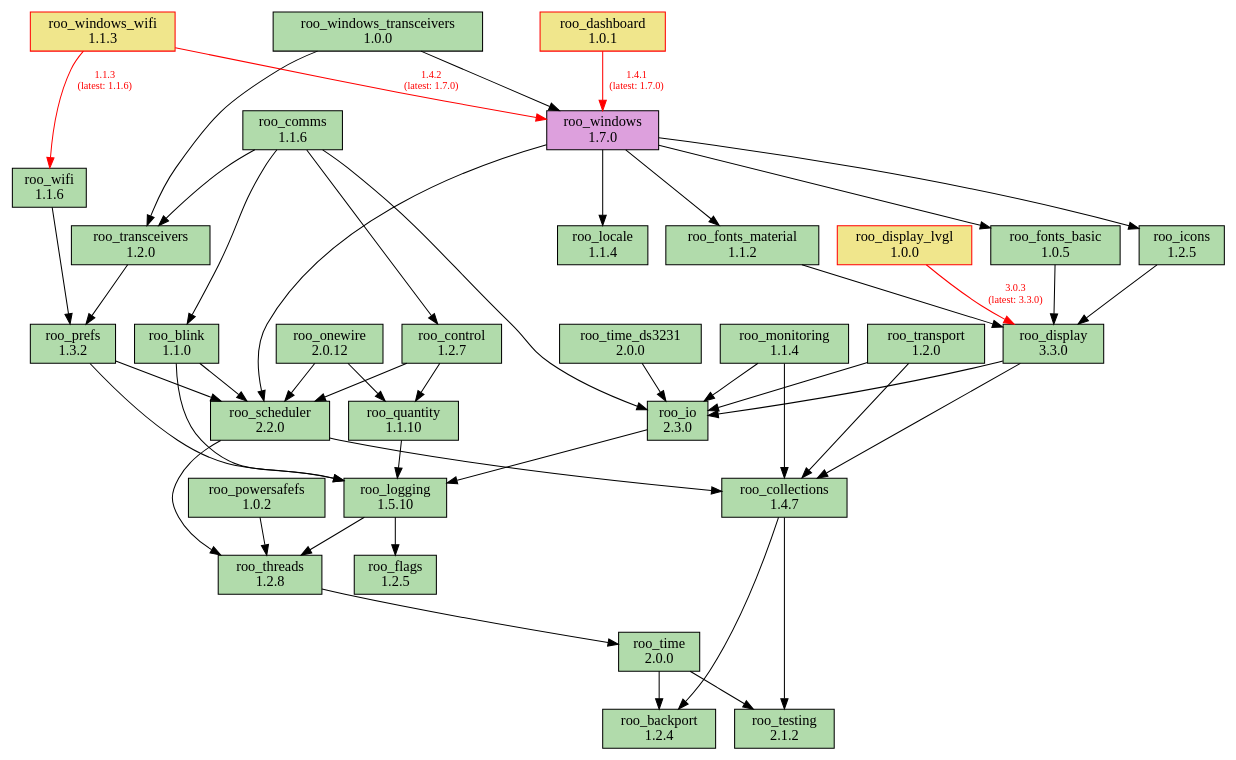
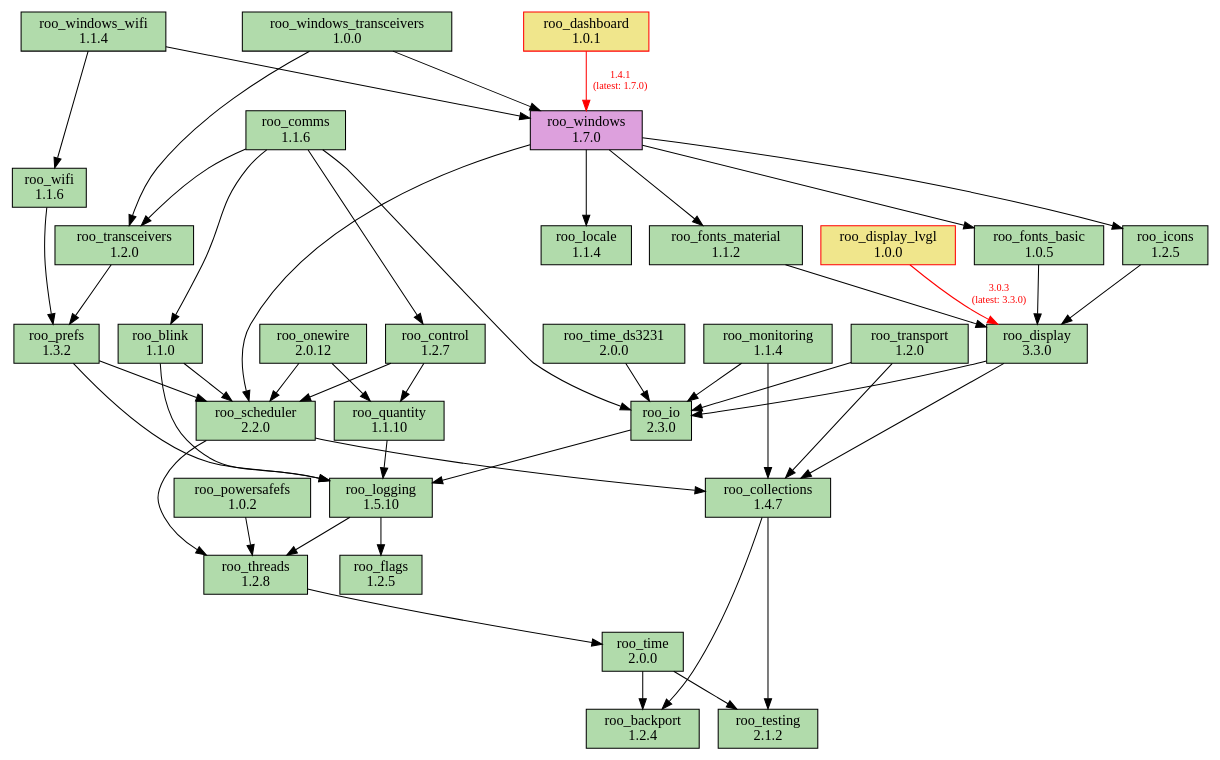
The diagram in doc/dependencies.dot (dejwk/roo-registry), drawn with Graphviz before and after one commit. The commit also changed 3 other files, not shown here.

Commit message:
Added roo_windows_wifi 1.1.4 to the registry.

```diff
--- a/doc/dependencies.dot
+++ b/doc/dependencies.dot
@@ -1,87 +1,87 @@
 digraph dependencies {
     rankdir=TB;
     node [shape=box, style=filled];
     edge [fontsize=10];
 
     // Modules
     "roo_backport" [label="roo_backport\n1.2.4", fillcolor="#b1dbab", color="black"];
     "roo_blink" [label="roo_blink\n1.1.0", fillcolor="#b1dbab", color="black"];
     "roo_collections" [label="roo_collections\n1.4.7", fillcolor="#b1dbab", color="black"];
     "roo_comms" [label="roo_comms\n1.1.6", fillcolor="#b1dbab", color="black"];
     "roo_control" [label="roo_control\n1.2.7", fillcolor="#b1dbab", color="black"];
     "roo_dashboard" [label="roo_dashboard\n1.0.1", fillcolor="khaki", color="red"];
     "roo_display" [label="roo_display\n3.3.0", fillcolor="#b1dbab", color="black"];
     "roo_display_lvgl" [label="roo_display_lvgl\n1.0.0", fillcolor="khaki", color="red"];
     "roo_flags" [label="roo_flags\n1.2.5", fillcolor="#b1dbab", color="black"];
     "roo_fonts_basic" [label="roo_fonts_basic\n1.0.5", fillcolor="#b1dbab", color="black"];
     "roo_fonts_material" [label="roo_fonts_material\n1.1.2", fillcolor="#b1dbab", color="black"];
     "roo_icons" [label="roo_icons\n1.2.5", fillcolor="#b1dbab", color="black"];
     "roo_io" [label="roo_io\n2.3.0", fillcolor="#b1dbab", color="black"];
     "roo_locale" [label="roo_locale\n1.1.4", fillcolor="#b1dbab", color="black"];
     "roo_logging" [label="roo_logging\n1.5.10", fillcolor="#b1dbab", color="black"];
     "roo_monitoring" [label="roo_monitoring\n1.1.4", fillcolor="#b1dbab", color="black"];
     "roo_onewire" [label="roo_onewire\n2.0.12", fillcolor="#b1dbab", color="black"];
     "roo_powersafefs" [label="roo_powersafefs\n1.0.2", fillcolor="#b1dbab", color="black"];
     "roo_prefs" [label="roo_prefs\n1.3.2", fillcolor="#b1dbab", color="black"];
     "roo_quantity" [label="roo_quantity\n1.1.10", fillcolor="#b1dbab", color="black"];
     "roo_scheduler" [label="roo_scheduler\n2.2.0", fillcolor="#b1dbab", color="black"];
     "roo_testing" [label="roo_testing\n2.1.2", fillcolor="#b1dbab", color="black"];
     "roo_threads" [label="roo_threads\n1.2.8", fillcolor="#b1dbab", color="black"];
     "roo_time" [label="roo_time\n2.0.0", fillcolor="#b1dbab", color="black"];
     "roo_time_ds3231" [label="roo_time_ds3231\n2.0.0", fillcolor="#b1dbab", color="black"];
     "roo_transceivers" [label="roo_transceivers\n1.2.0", fillcolor="#b1dbab", color="black"];
     "roo_transport" [label="roo_transport\n1.2.0", fillcolor="#b1dbab", color="black"];
     "roo_wifi" [label="roo_wifi\n1.1.6", fillcolor="#b1dbab", color="black"];
     "roo_windows" [label="roo_windows\n1.7.0", fillcolor="plum", color="black"];
     "roo_windows_transceivers" [label="roo_windows_transceivers\n1.0.0", fillcolor="#b1dbab", color="black"];
-    "roo_windows_wifi" [label="roo_windows_wifi\n1.1.3", fillcolor="khaki", color="red"];
+    "roo_windows_wifi" [label="roo_windows_wifi\n1.1.4", fillcolor="#b1dbab", color="black"];
 
     // Dependencies
     "roo_blink" -> "roo_logging";
     "roo_blink" -> "roo_scheduler";
     "roo_collections" -> "roo_testing";
     "roo_collections" -> "roo_backport";
     "roo_comms" -> "roo_blink";
     "roo_comms" -> "roo_control";
     "roo_comms" -> "roo_io";
     "roo_comms" -> "roo_transceivers";
     "roo_control" -> "roo_quantity";
     "roo_control" -> "roo_scheduler";
     "roo_dashboard" -> "roo_windows" [color=red, fontcolor=red, label="1.4.1\n(latest: 1.7.0)"];
     "roo_display" -> "roo_collections";
     "roo_display" -> "roo_io";
     "roo_display_lvgl" -> "roo_display" [color=red, fontcolor=red, label="3.0.3\n(latest: 3.3.0)"];
     "roo_fonts_basic" -> "roo_display";
     "roo_fonts_material" -> "roo_display";
     "roo_icons" -> "roo_display";
     "roo_io" -> "roo_logging";
     "roo_logging" -> "roo_flags";
     "roo_logging" -> "roo_threads";
     "roo_monitoring" -> "roo_collections";
     "roo_monitoring" -> "roo_io";
     "roo_onewire" -> "roo_scheduler";
     "roo_onewire" -> "roo_quantity";
     "roo_powersafefs" -> "roo_threads";
     "roo_prefs" -> "roo_logging";
     "roo_prefs" -> "roo_scheduler";
     "roo_quantity" -> "roo_logging";
     "roo_scheduler" -> "roo_collections";
     "roo_scheduler" -> "roo_threads";
     "roo_threads" -> "roo_time";
     "roo_time" -> "roo_testing";
     "roo_time" -> "roo_backport";
     "roo_time_ds3231" -> "roo_io";
     "roo_transceivers" -> "roo_prefs";
     "roo_transport" -> "roo_collections";
     "roo_transport" -> "roo_io";
     "roo_wifi" -> "roo_prefs";
     "roo_windows" -> "roo_fonts_basic";
     "roo_windows" -> "roo_fonts_material";
     "roo_windows" -> "roo_locale";
     "roo_windows" -> "roo_icons";
     "roo_windows" -> "roo_scheduler";
     "roo_windows_transceivers" -> "roo_transceivers";
     "roo_windows_transceivers" -> "roo_windows";
-    "roo_windows_wifi" -> "roo_wifi" [color=red, fontcolor=red, label="1.1.3\n(latest: 1.1.6)"];
-    "roo_windows_wifi" -> "roo_windows" [color=red, fontcolor=red, label="1.4.2\n(latest: 1.7.0)"];
+    "roo_windows_wifi" -> "roo_wifi";
+    "roo_windows_wifi" -> "roo_windows";
 }
```
